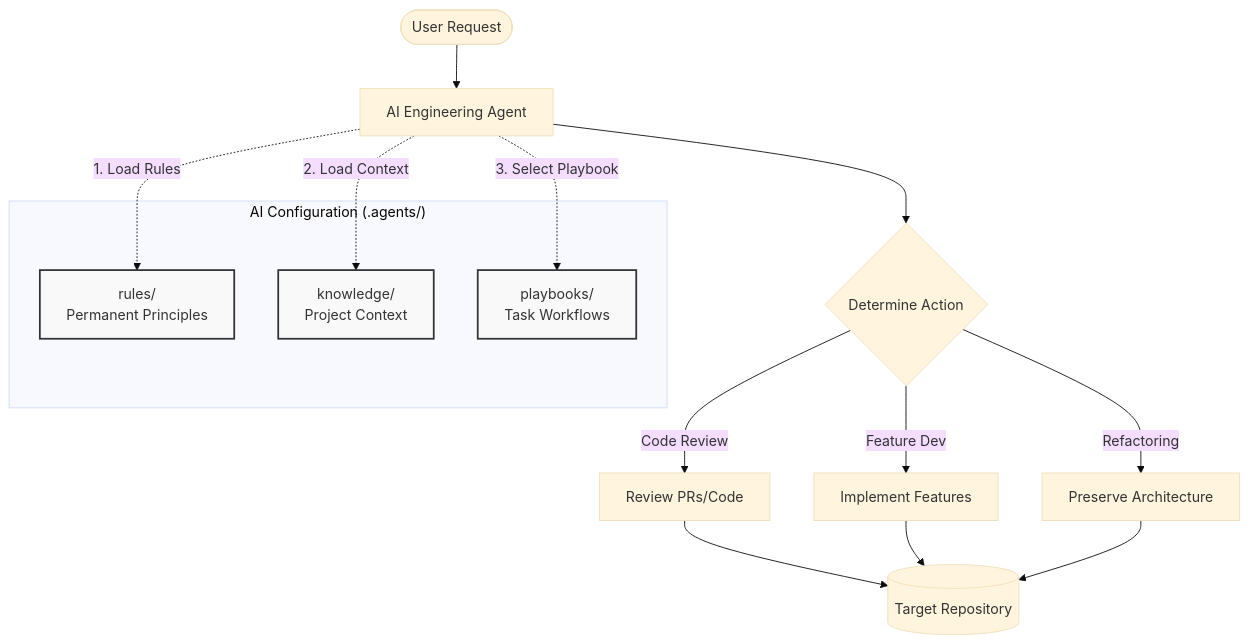
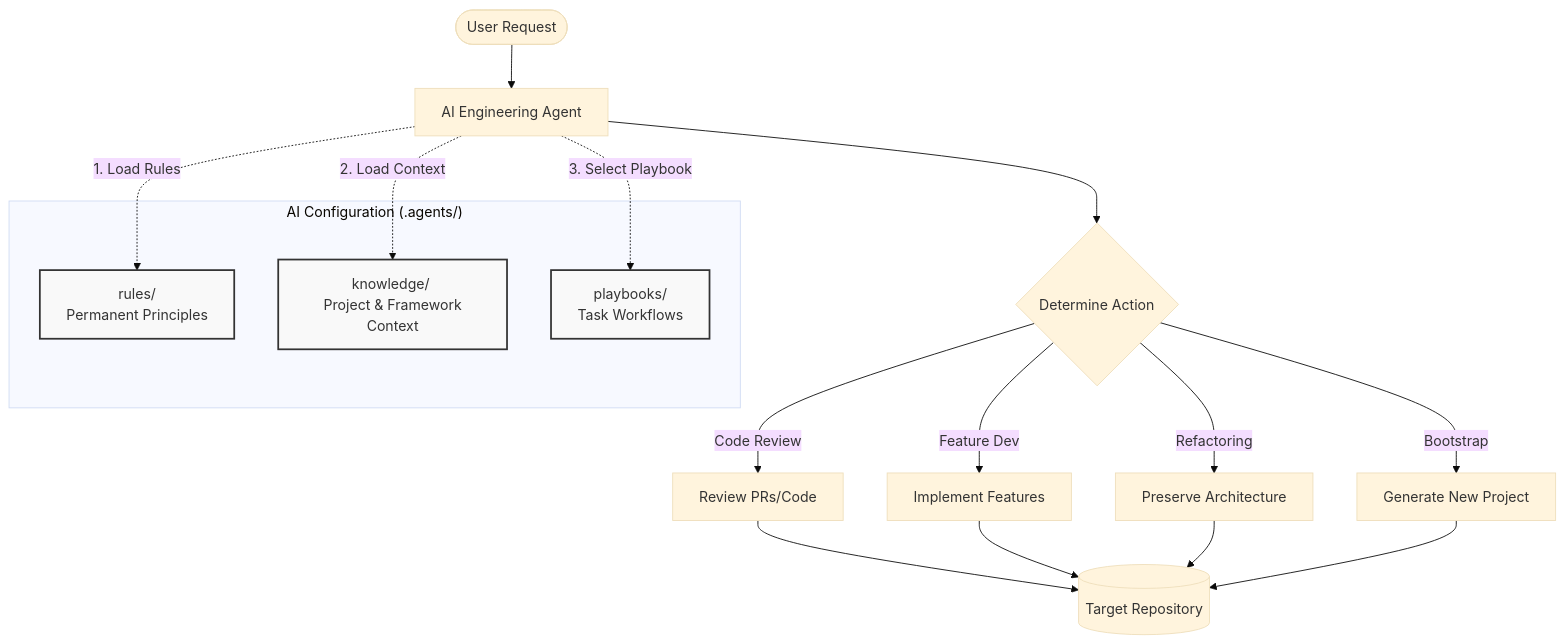
One commit to hvtrk/ai-skill-rules changed the first of 2 diagrams in README.md. Above: the diagram before and after it, drawn with Mermaid (base theme). The commit also changed other lines of this file, not shown here.

````diff
--- a/README.md
+++ b/README.md
@@ -18,26 +19,28 @@
 ```mermaid
 graph TD
     User([User Request]) --> AI[AI Engineering Agent]
     
     subgraph "AI Configuration (.agents/)"
         Rules[rules/ <br> Permanent Principles]
-        Project[knowledge/ <br> Project Context]
+        Project[knowledge/ <br> Project & Framework Context]
         Playbooks[playbooks/ <br> Task Workflows]
     end
     
     AI -.->|1. Load Rules| Rules
     AI -.->|2. Load Context| Project
     AI -.->|3. Select Playbook| Playbooks
     
     AI --> Action{Determine Action}
+    Action -->|Bootstrap| Boot[Generate New Project]
     Action -->|Code Review| Review[Review PRs/Code]
     Action -->|Feature Dev| Dev[Implement Features]
     Action -->|Refactoring| Refactor[Preserve Architecture]
     
     Review --> Repo[(Target Repository)]
     Dev --> Repo
     Refactor --> Repo
+    Boot --> Repo
     
     classDef config fill:#f9f9f9,stroke:#333,stroke-width:2px;
     class Rules,Project,Playbooks config;
 ```
````
